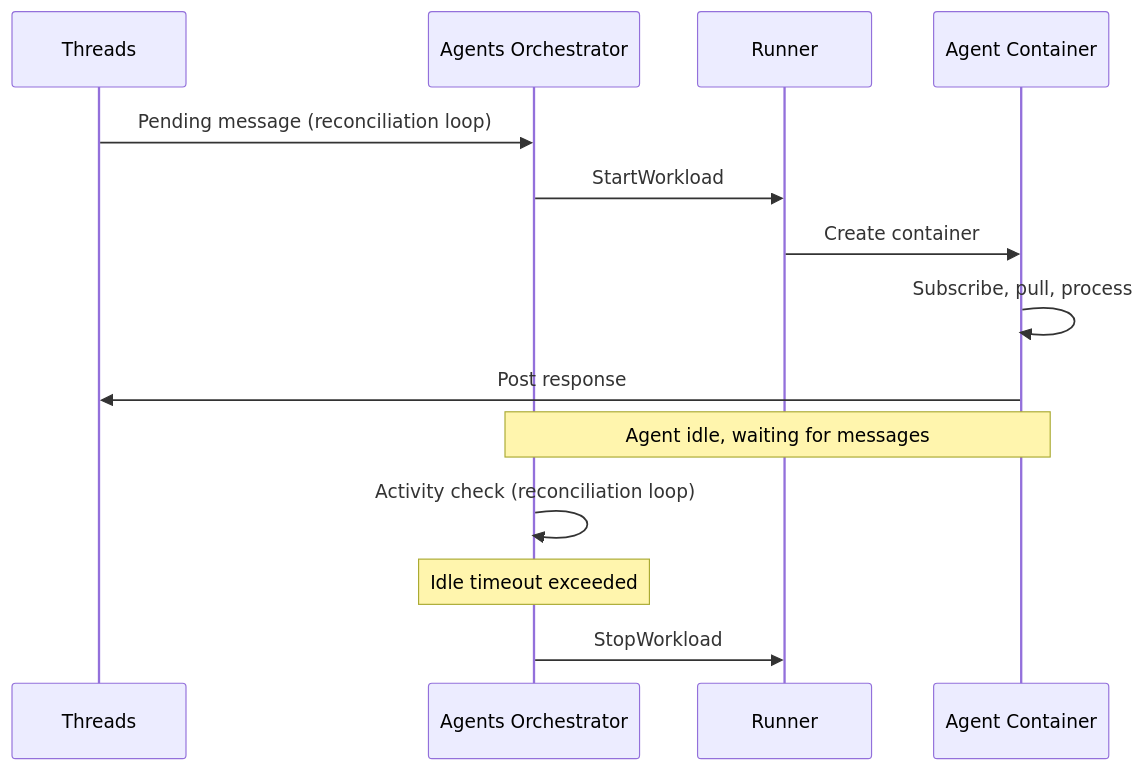
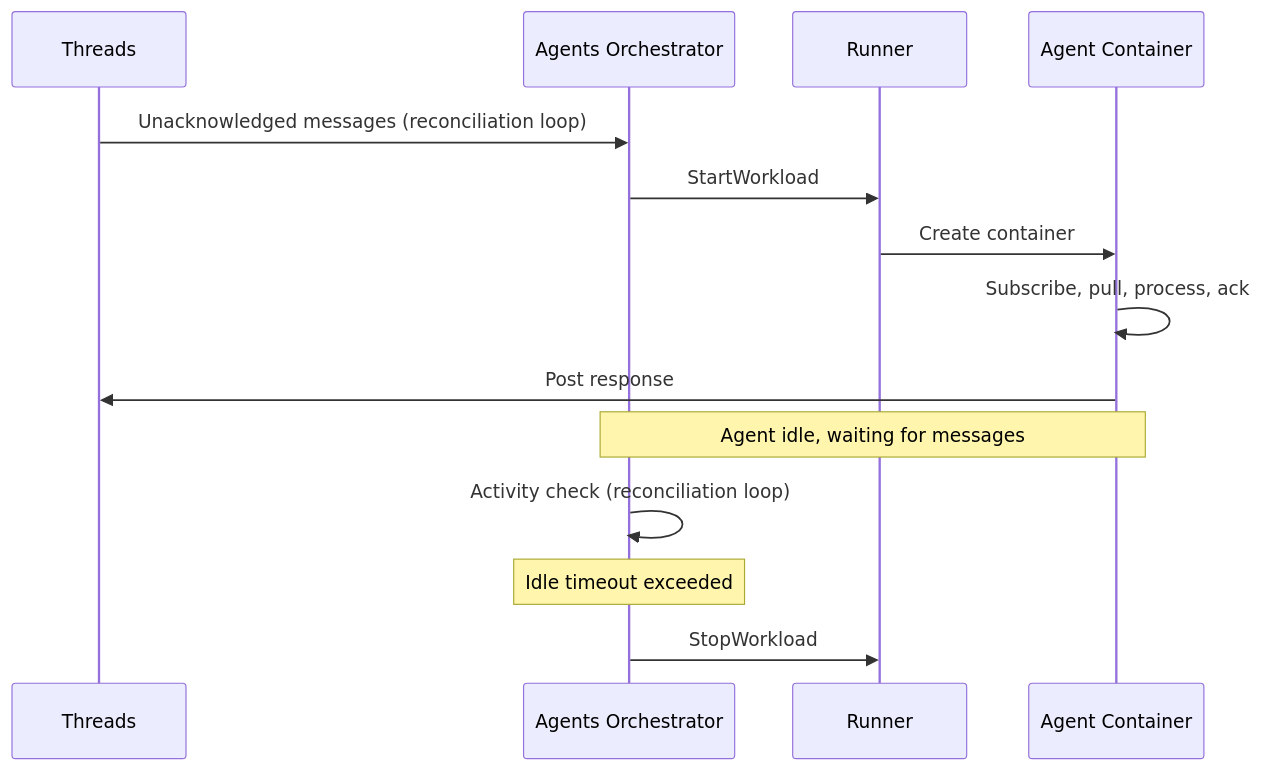
One commit to agynio/architecture changed the fourth of 4 diagrams in architecture/agent/overview.md. Above: the diagram before and after it, drawn with Mermaid. The commit also changed other lines of this file and 9 other files, not shown here.

First line of the commit message:
Decide message delivery: notifications + pull with participant-scoped ack

````diff
--- a/architecture/agent/overview.md
+++ b/architecture/agent/overview.md
@@ -138,18 +145,18 @@
 ```mermaid
 sequenceDiagram
     participant T as Threads
     participant O as Agents Orchestrator
     participant R as Runner
     participant A as Agent Container
 
-    T->>O: Pending message (reconciliation loop)
+    T->>O: Unacknowledged messages (reconciliation loop)
     O->>R: StartWorkload
     R->>A: Create container
-    A->>A: Subscribe, pull, process
+    A->>A: Subscribe, pull, process, ack
     A->>T: Post response
 
     Note over A,O: Agent idle, waiting for messages
     O->>O: Activity check (reconciliation loop)
     Note over O: Idle timeout exceeded
     O->>R: StopWorkload
 ```
````
